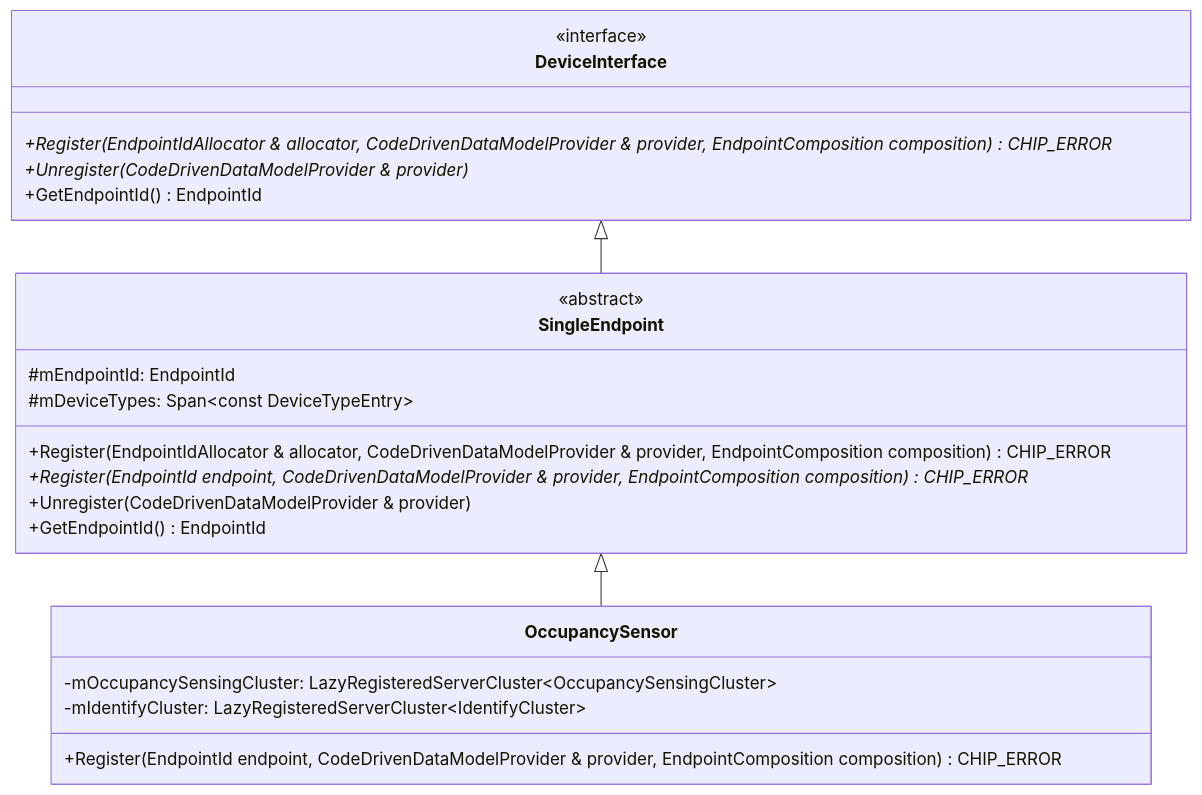
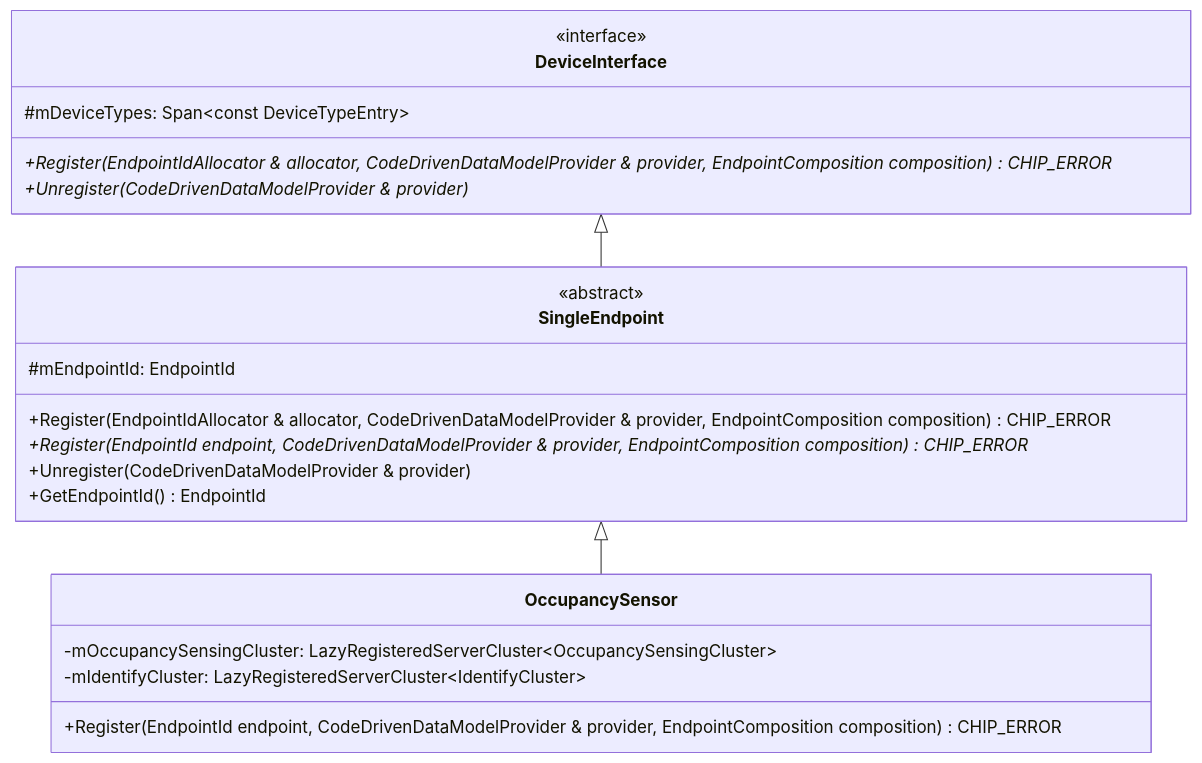
The second of 3 diagrams in examples/all-devices-app/docs/architecture.md (project-chip/connectedhomeip), drawn with Mermaid before and after one commit. The commit also changed other lines of this file and 22 other files, not shown here.

````diff
--- a/examples/all-devices-app/docs/architecture.md
+++ b/examples/all-devices-app/docs/architecture.md
@@ -86,28 +86,27 @@
 ```mermaid
 classDiagram
     class DeviceInterface {
         <<interface>>
+        #mDeviceTypes: Span~const DeviceTypeEntry~
         +Register(EndpointIdAllocator & allocator, CodeDrivenDataModelProvider & provider, EndpointComposition composition)* CHIP_ERROR
         +Unregister(CodeDrivenDataModelProvider & provider)*
-        +GetEndpointId() EndpointId
     }
 
     class SingleEndpoint {
         <<abstract>>
         #mEndpointId: EndpointId
-        #mDeviceTypes: Span~const DeviceTypeEntry~
         +Register(EndpointIdAllocator & allocator, CodeDrivenDataModelProvider & provider, EndpointComposition composition) CHIP_ERROR
         +Register(EndpointId endpoint, CodeDrivenDataModelProvider & provider, EndpointComposition composition)* CHIP_ERROR
         +Unregister(CodeDrivenDataModelProvider & provider)
         +GetEndpointId() EndpointId
     }
 
     class OccupancySensor {
         -mOccupancySensingCluster: LazyRegisteredServerCluster~OccupancySensingCluster~
         -mIdentifyCluster: LazyRegisteredServerCluster~IdentifyCluster~
         +Register(EndpointId endpoint, CodeDrivenDataModelProvider & provider, EndpointComposition composition) CHIP_ERROR
     }
 
     DeviceInterface <|-- SingleEndpoint
     SingleEndpoint <|-- OccupancySensor
 ```
````
